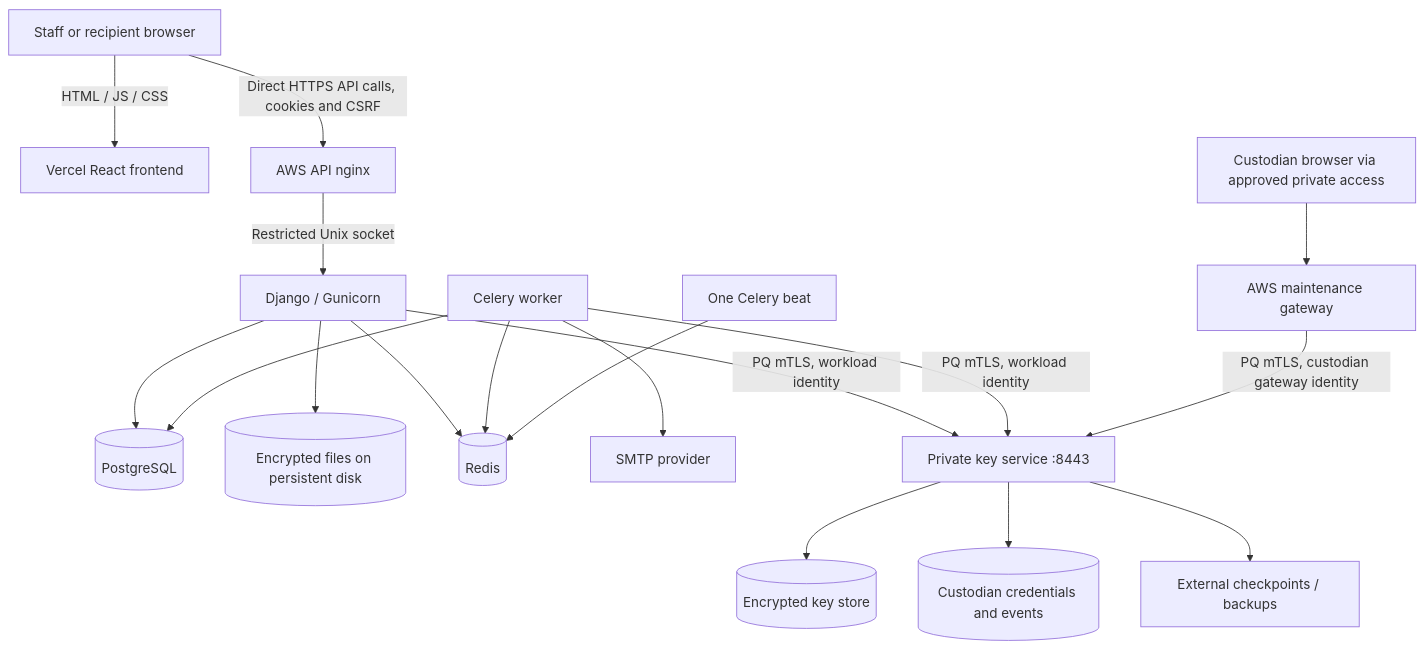
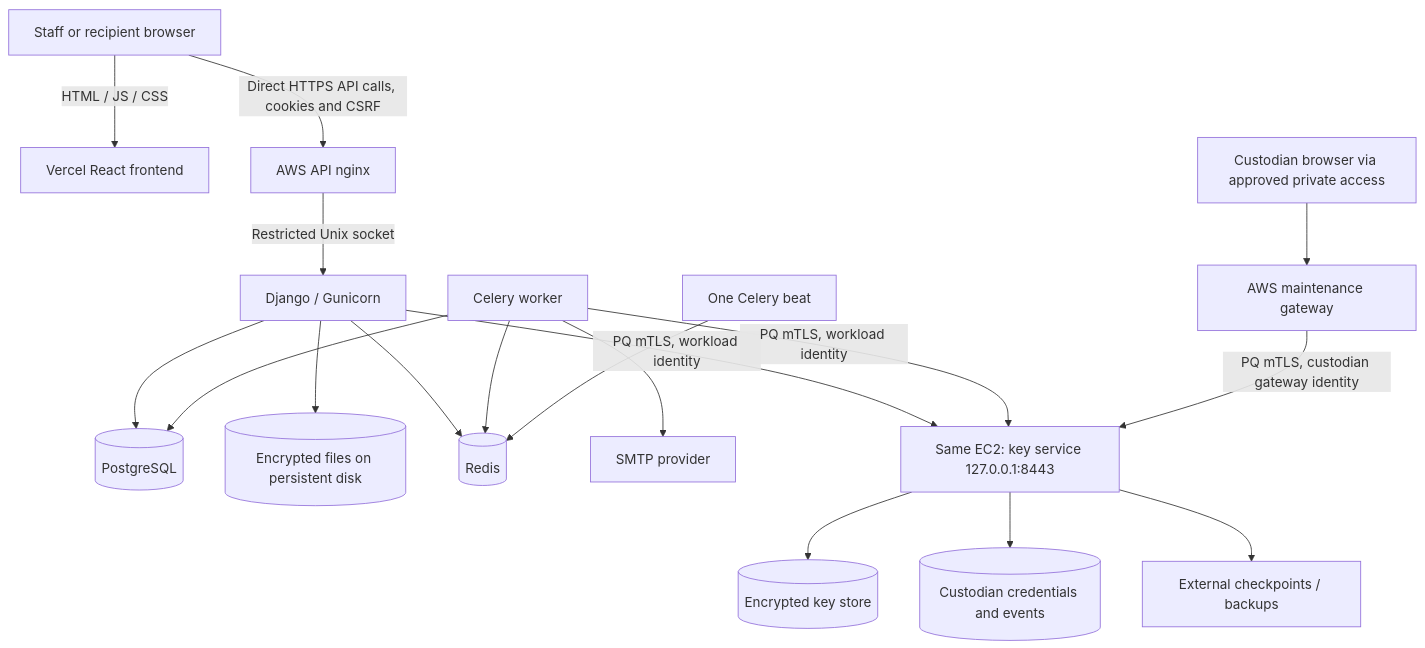
One commit to OneSmarterInc/securemail-backend changed the diagram in COMPLETE_DEPLOYMENT_GUIDE.md. Above: the diagram before and after it, drawn with Mermaid. The commit also changed other lines of this file and 4 other files, not shown here.

First line of the commit message:
Configure localhost key service and single-EC2 deployment guide

````diff
--- a/COMPLETE_DEPLOYMENT_GUIDE.md
+++ b/COMPLETE_DEPLOYMENT_GUIDE.md
@@ -98,20 +102,20 @@
 ```mermaid
 flowchart TB
     Browser[Staff or recipient browser] -->|HTML / JS / CSS| Vercel[Vercel React frontend]
     Browser -->|Direct HTTPS API calls, cookies and CSRF| Edge[AWS API nginx]
     Edge -->|Restricted Unix socket| Django[Django / Gunicorn]
     Django --> DB[(PostgreSQL)]
     Django --> Files[(Encrypted files on persistent disk)]
     Django --> Redis[(Redis)]
     Worker[Celery worker] --> DB
     Worker --> Redis
     Beat[One Celery beat] --> Redis
     Worker --> SMTP[SMTP provider]
-    Django -->|PQ mTLS, workload identity| Keys[Private key service :8443]
+    Django -->|PQ mTLS, workload identity| Keys[Same EC2: key service 127.0.0.1:8443]
     Worker -->|PQ mTLS, workload identity| Keys
     Custodian[Custodian browser via approved private access] --> Gateway[AWS maintenance gateway]
     Gateway -->|PQ mTLS, custodian gateway identity| Keys
     Keys --> Store[(Encrypted key store)]
     Keys --> Accounts[(Custodian credentials and events)]
     Keys --> External[External checkpoints / backups]
 ```
````
